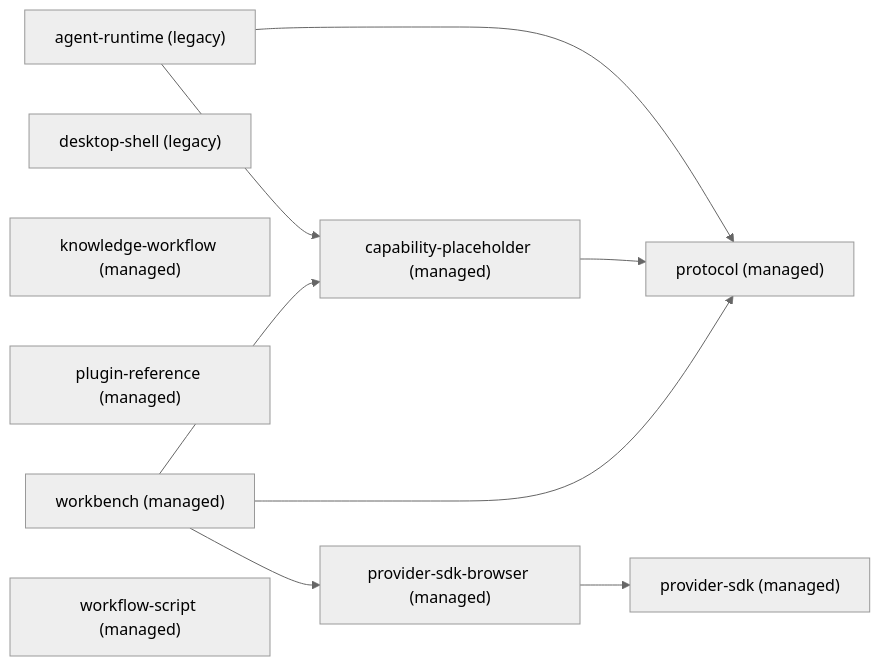
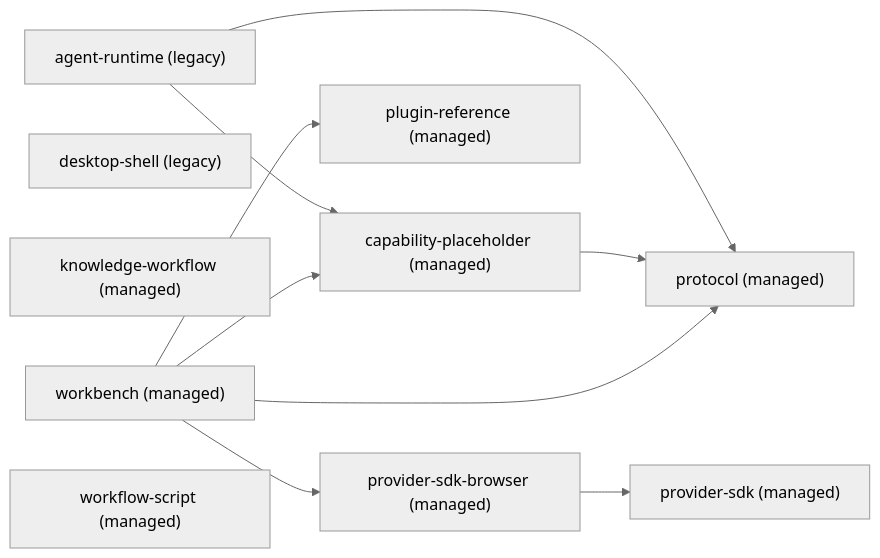
Before and after one commit to bear20252026/b07-build: the diagram in dependency-graph.mmd, drawn with Mermaid (neutral theme). The commit also changed 9 other files, not shown here.

```diff
--- a/dependency-graph.mmd
+++ b/dependency-graph.mmd
@@ -1,20 +1,21 @@
 %% 架构模块依赖图：由 `npm run architecture:graph` 生成，请勿手工编辑。
 %% managed = 受 architecture-policy.yaml 强校验；legacy = 存量模块，仅记录。
 graph LR
   m_agent_runtime["agent-runtime (legacy)"]
   m_capability_placeholder["capability-placeholder (managed)"]
   m_desktop_shell["desktop-shell (legacy)"]
   m_knowledge_workflow["knowledge-workflow (managed)"]
   m_plugin_reference["plugin-reference (managed)"]
   m_protocol["protocol (managed)"]
   m_provider_sdk["provider-sdk (managed)"]
   m_provider_sdk_browser["provider-sdk-browser (managed)"]
   m_workbench["workbench (managed)"]
   m_workflow_script["workflow-script (managed)"]
   m_agent_runtime --> m_capability_placeholder
   m_agent_runtime --> m_protocol
   m_capability_placeholder --> m_protocol
   m_provider_sdk_browser --> m_provider_sdk
   m_workbench --> m_capability_placeholder
+  m_workbench --> m_plugin_reference
   m_workbench --> m_protocol
   m_workbench --> m_provider_sdk_browser
```
